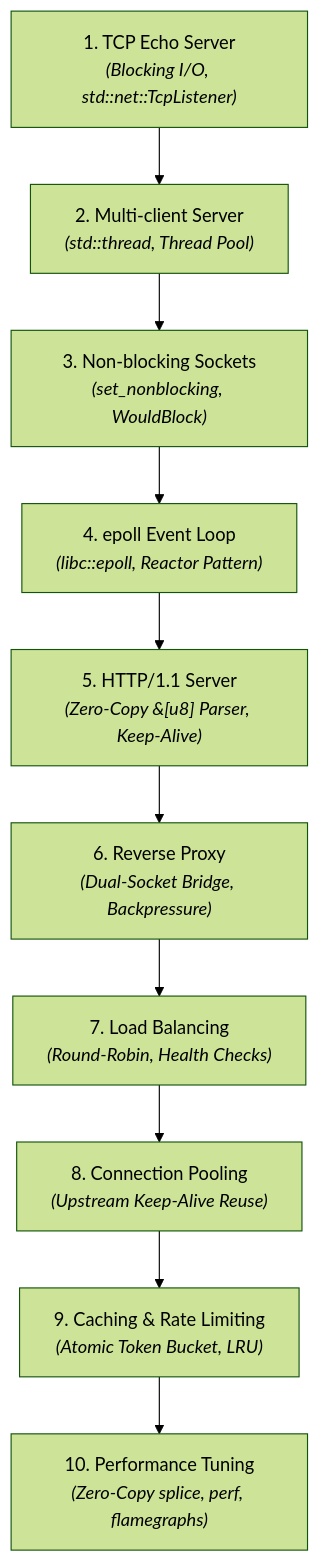
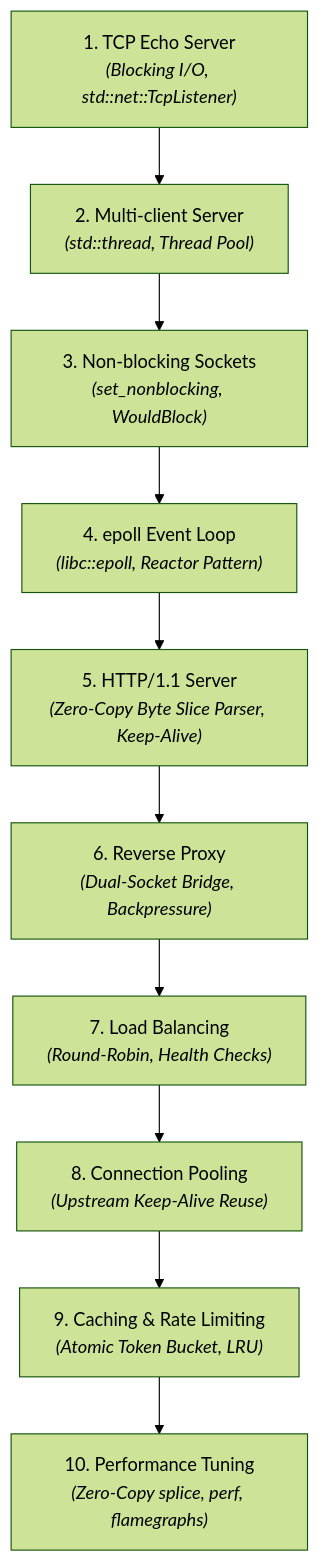
One commit to drumilbhati/xerver changed the first of 3 diagrams in docs/roadmap.md. Above: the diagram before and after it, drawn with Mermaid (forest theme). The commit also changed 2 other files, not shown here.

Commit message:
Clarify diagram labels and replace special characters

````diff
--- a/docs/roadmap.md
+++ b/docs/roadmap.md
@@ -5,12 +5,12 @@
 ```mermaid
 flowchart TD
     M1["1. TCP Echo Server<br/><i>(Blocking I/O, std::net::TcpListener)</i>"] --> M2["2. Multi-client Server<br/><i>(std::thread, Thread Pool)</i>"]
     M2 --> M3["3. Non-blocking Sockets<br/><i>(set_nonblocking, WouldBlock)</i>"]
     M3 --> M4["4. epoll Event Loop<br/><i>(libc::epoll, Reactor Pattern)</i>"]
-    M4 --> M5["5. HTTP/1.1 Server<br/><i>(Zero-Copy &[u8] Parser, Keep-Alive)</i>"]
+    M4 --> M5["5. HTTP/1.1 Server<br/><i>(Zero-Copy Byte Slice Parser, Keep-Alive)</i>"]
     M5 --> M6["6. Reverse Proxy<br/><i>(Dual-Socket Bridge, Backpressure)</i>"]
     M6 --> M7["7. Load Balancing<br/><i>(Round-Robin, Health Checks)</i>"]
     M7 --> M8["8. Connection Pooling<br/><i>(Upstream Keep-Alive Reuse)</i>"]
     M8 --> M9["9. Caching & Rate Limiting<br/><i>(Atomic Token Bucket, LRU)</i>"]
     M9 --> M10["10. Performance Tuning<br/><i>(Zero-Copy splice, perf, flamegraphs)</i>"]
 ```
````
